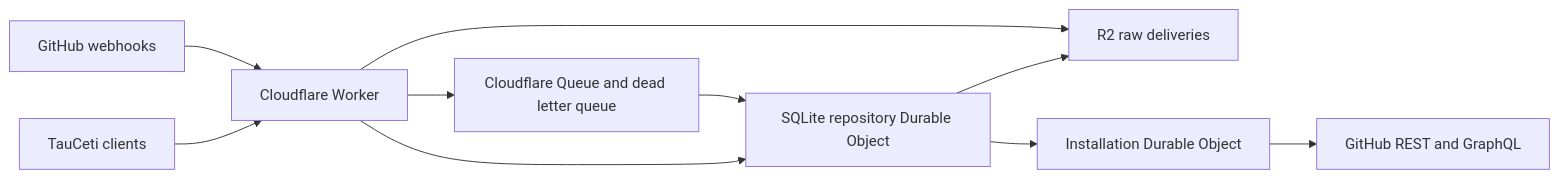
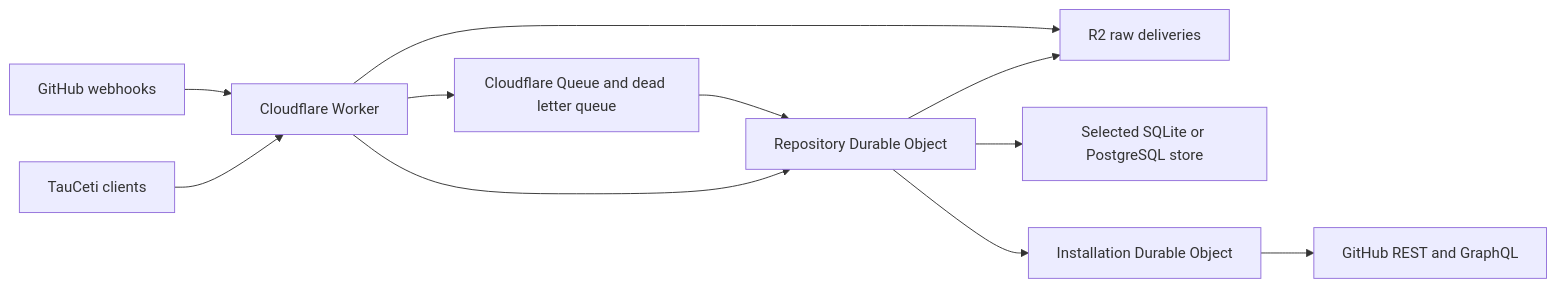
The diagram in services/github-state/README.md (SamuelSchlesinger/TauCetiTools), drawn with Mermaid before and after one commit. The commit also changed other lines of this file and 35 other files, not shown here.

First line of the commit message:
Add Neon PostgreSQL storage for shared GitHub repository state (#5)

````diff
--- a/services/github-state/README.md
+++ b/services/github-state/README.md
@@ -17,12 +17,13 @@
 ```mermaid
 flowchart LR
   GH[GitHub webhooks] --> W[Cloudflare Worker]
   W --> R[R2 raw deliveries]
   W --> Q[Cloudflare Queue and dead letter queue]
-  Q --> D[SQLite repository Durable Object]
+  Q --> D[Repository Durable Object]
+  D --> SQL[Selected SQLite or PostgreSQL store]
   C[TauCeti clients] --> W
   W --> D
   D --> I[Installation Durable Object]
   I --> A[GitHub REST and GraphQL]
   D --> R
 ```
````
